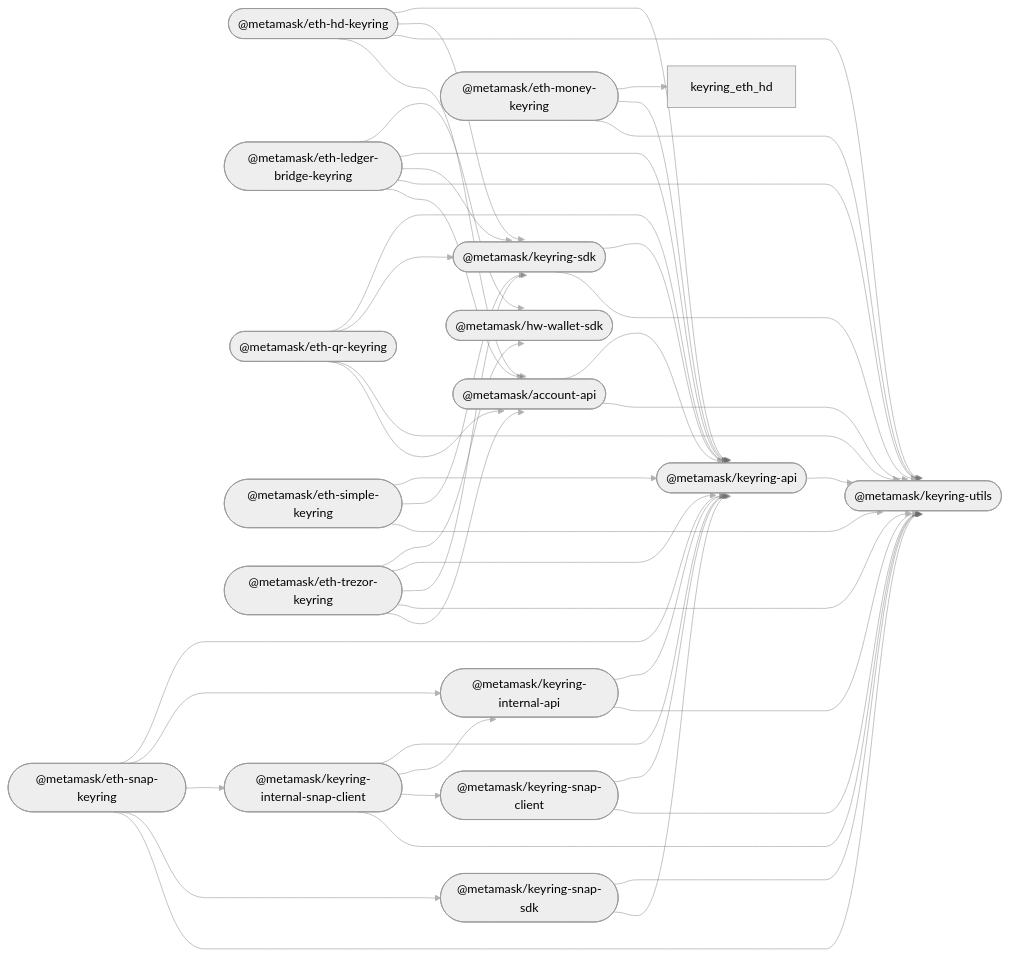
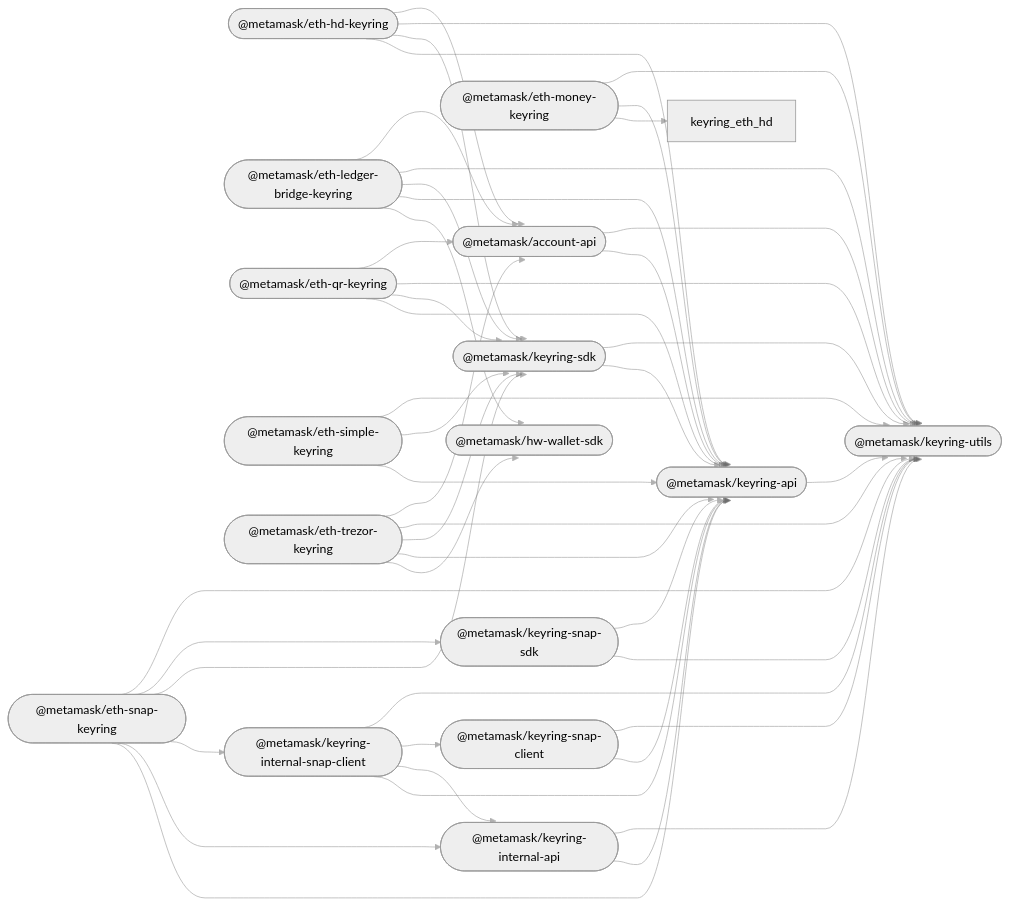
One commit to MetaMask/accounts changed the diagram in README.md. Above: the diagram before and after it, drawn with Mermaid (neutral theme). The commit also changed 11 other files, not shown here.

First line of the commit message:
feat(keyring-snap-bridge): snap keyring v2 (#501)

````diff
--- a/README.md
+++ b/README.md
@@ -38,65 +38,66 @@
 ```mermaid
 %%{ init: { 'flowchart': { 'curve': 'bumpX' } } }%%
 graph LR;
 linkStyle default opacity:0.5
   account_api(["@metamask/account-api"]);
   hw_wallet_sdk(["@metamask/hw-wallet-sdk"]);
   keyring_api(["@metamask/keyring-api"]);
   eth_hd_keyring(["@metamask/eth-hd-keyring"]);
   eth_ledger_bridge_keyring(["@metamask/eth-ledger-bridge-keyring"]);
   eth_money_keyring(["@metamask/eth-money-keyring"]);
   eth_qr_keyring(["@metamask/eth-qr-keyring"]);
   eth_simple_keyring(["@metamask/eth-simple-keyring"]);
   eth_trezor_keyring(["@metamask/eth-trezor-keyring"]);
   keyring_internal_api(["@metamask/keyring-internal-api"]);
   keyring_internal_snap_client(["@metamask/keyring-internal-snap-client"]);
   keyring_sdk(["@metamask/keyring-sdk"]);
   eth_snap_keyring(["@metamask/eth-snap-keyring"]);
   keyring_snap_client(["@metamask/keyring-snap-client"]);
   keyring_snap_sdk(["@metamask/keyring-snap-sdk"]);
   keyring_utils(["@metamask/keyring-utils"]);
   account_api --> keyring_api;
   account_api --> keyring_utils;
   keyring_api --> keyring_utils;
   eth_hd_keyring --> keyring_api;
   eth_hd_keyring --> keyring_sdk;
   eth_hd_keyring --> keyring_utils;
   eth_hd_keyring --> account_api;
   eth_ledger_bridge_keyring --> hw_wallet_sdk;
   eth_ledger_bridge_keyring --> keyring_api;
   eth_ledger_bridge_keyring --> keyring_sdk;
   eth_ledger_bridge_keyring --> keyring_utils;
   eth_ledger_bridge_keyring --> account_api;
   eth_money_keyring --> keyring_eth_hd;
   eth_money_keyring --> keyring_api;
   eth_money_keyring --> keyring_utils;
   eth_qr_keyring --> keyring_api;
   eth_qr_keyring --> keyring_sdk;
   eth_qr_keyring --> keyring_utils;
   eth_qr_keyring --> account_api;
   eth_simple_keyring --> keyring_api;
   eth_simple_keyring --> keyring_sdk;
   eth_simple_keyring --> keyring_utils;
   eth_trezor_keyring --> hw_wallet_sdk;
   eth_trezor_keyring --> keyring_api;
   eth_trezor_keyring --> keyring_sdk;
   eth_trezor_keyring --> keyring_utils;
   eth_trezor_keyring --> account_api;
   keyring_internal_api --> keyring_api;
   keyring_internal_api --> keyring_utils;
   keyring_internal_snap_client --> keyring_api;
   keyring_internal_snap_client --> keyring_internal_api;
   keyring_internal_snap_client --> keyring_snap_client;
   keyring_internal_snap_client --> keyring_utils;
   keyring_sdk --> keyring_api;
   keyring_sdk --> keyring_utils;
   eth_snap_keyring --> keyring_api;
   eth_snap_keyring --> keyring_internal_api;
   eth_snap_keyring --> keyring_internal_snap_client;
+  eth_snap_keyring --> keyring_sdk;
   eth_snap_keyring --> keyring_snap_sdk;
   eth_snap_keyring --> keyring_utils;
   keyring_snap_client --> keyring_api;
   keyring_snap_client --> keyring_utils;
   keyring_snap_sdk --> keyring_utils;
   keyring_snap_sdk --> keyring_api;
 ```
````
